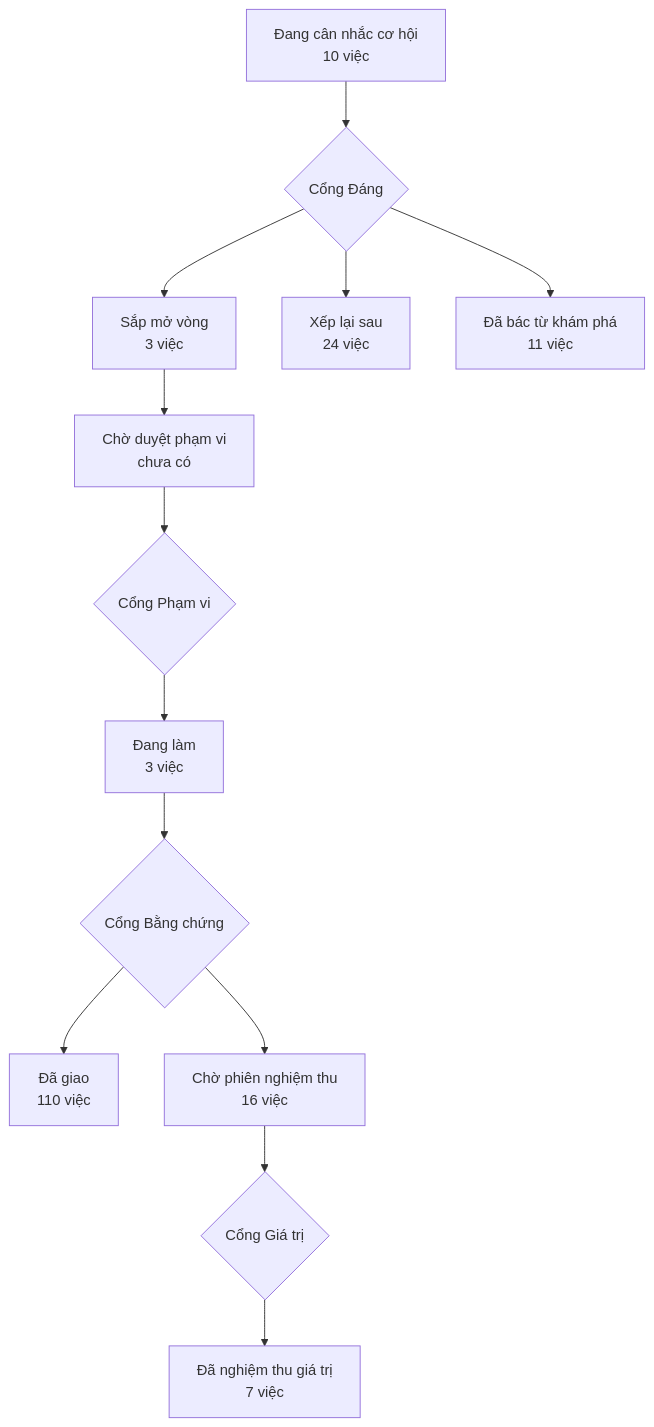
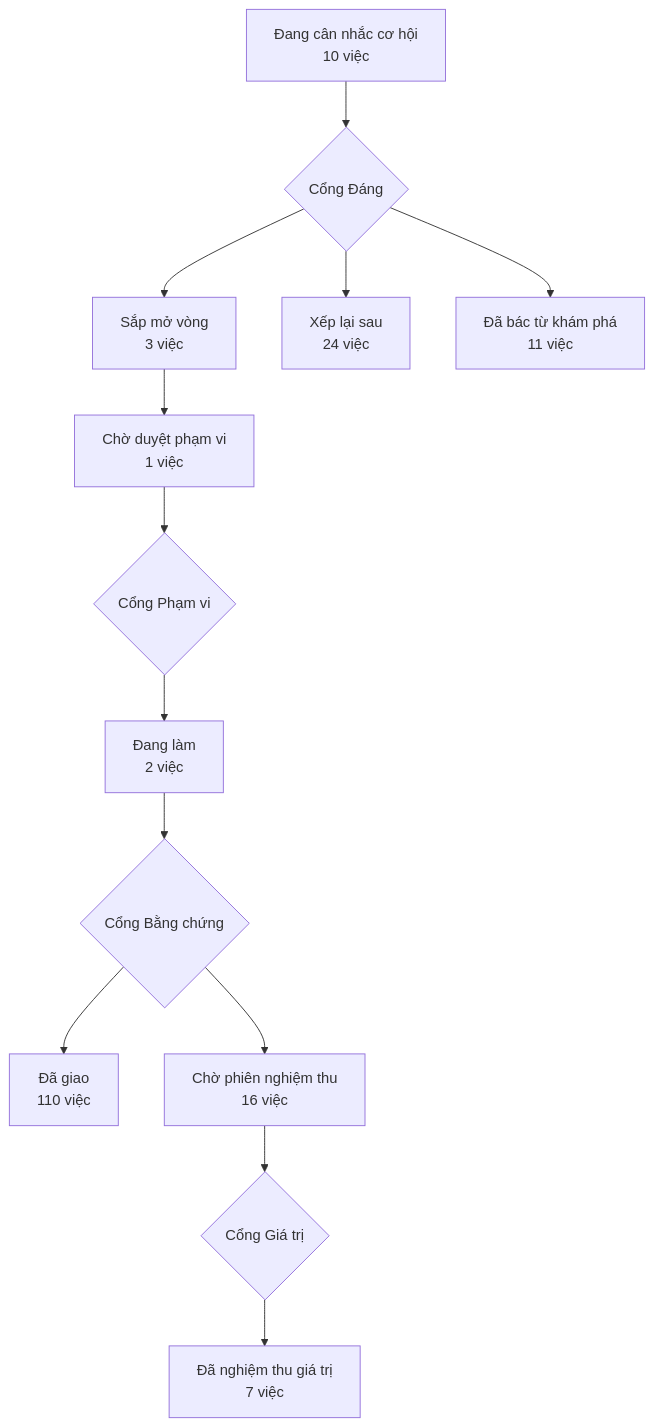
Before and after one commit to phanlemanh/acceptance-gate-kit: the diagram in PRODUCT-MAP.md, drawn with Mermaid. The commit also changed other lines of this file and 4 other files, not shown here.

````diff
--- a/PRODUCT-MAP.md
+++ b/PRODUCT-MAP.md
@@ -7,12 +7,12 @@
 ```mermaid
 flowchart TD
   A["Đang cân nhắc cơ hội<br/>10 việc"] --> GD{"Cổng Đáng"}
   GD --> B["Sắp mở vòng<br/>3 việc"]
   GD --> XL["Xếp lại sau<br/>24 việc"]
   GD --> DB["Đã bác từ khám phá<br/>11 việc"]
-  B --> CD["Chờ duyệt phạm vi<br/>chưa có"] --> GP{"Cổng Phạm vi"}
-  GP --> DL["Đang làm<br/>3 việc"] --> GB{"Cổng Bằng chứng"}
+  B --> CD["Chờ duyệt phạm vi<br/>1 việc"] --> GP{"Cổng Phạm vi"}
+  GP --> DL["Đang làm<br/>2 việc"] --> GB{"Cổng Bằng chứng"}
   GB --> DG["Đã giao<br/>110 việc"]
   GB --> CN["Chờ phiên nghiệm thu<br/>16 việc"] --> GG{"Cổng Giá trị"}
   GG --> NT["Đã nghiệm thu giá trị<br/>7 việc"]
 ```
````
